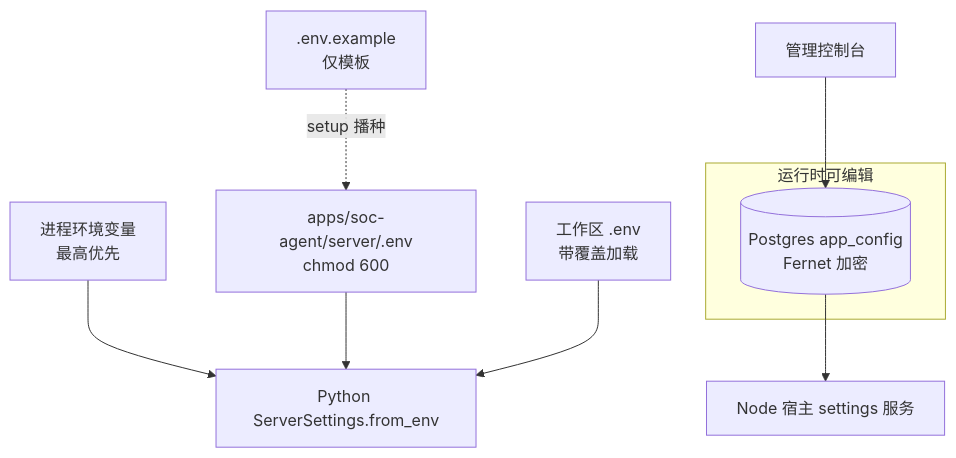
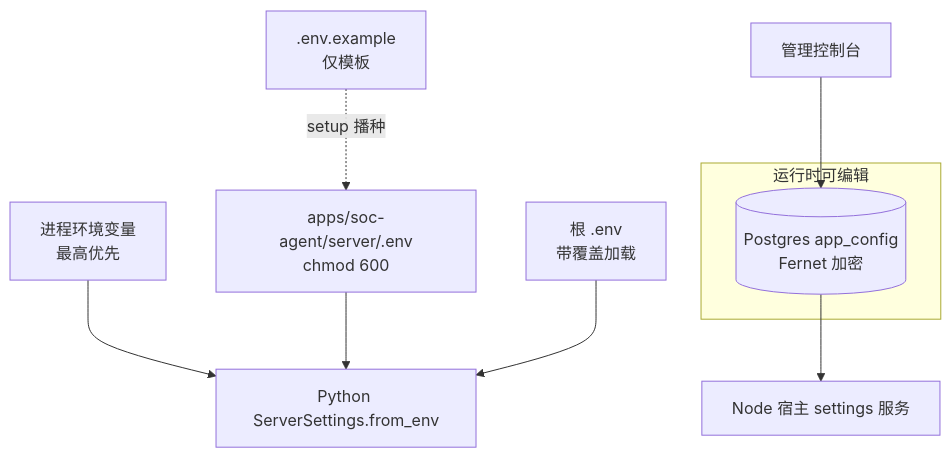
Before and after one commit to Benchan691/CITIC_AGENT: the diagram in docs/zh/CONFIGURATION.md, drawn with Mermaid. The commit also changed other lines of this file and 74 other files, not shown here.

````diff
--- a/docs/zh/CONFIGURATION.md
+++ b/docs/zh/CONFIGURATION.md
@@ -18,12 +18,12 @@
 ```mermaid
 flowchart TD
     ENV[进程环境变量<br/>最高优先] --> P[Python ServerSettings.from_env]
     SE[apps/soc-agent/server/.env<br/>chmod 600] --> P
-    WE[工作区 .env<br/>带覆盖加载] --> P
+    WE[根 .env<br/>带覆盖加载] --> P
     EX[.env.example<br/>仅模板] -.setup 播种.-> SE
     subgraph 运行时可编辑
         AC[(Postgres app_config<br/>Fernet 加密)]
     end
     AC --> H[Node 宿主 settings 服务]
     AD[管理控制台] --> AC
 ```
````
